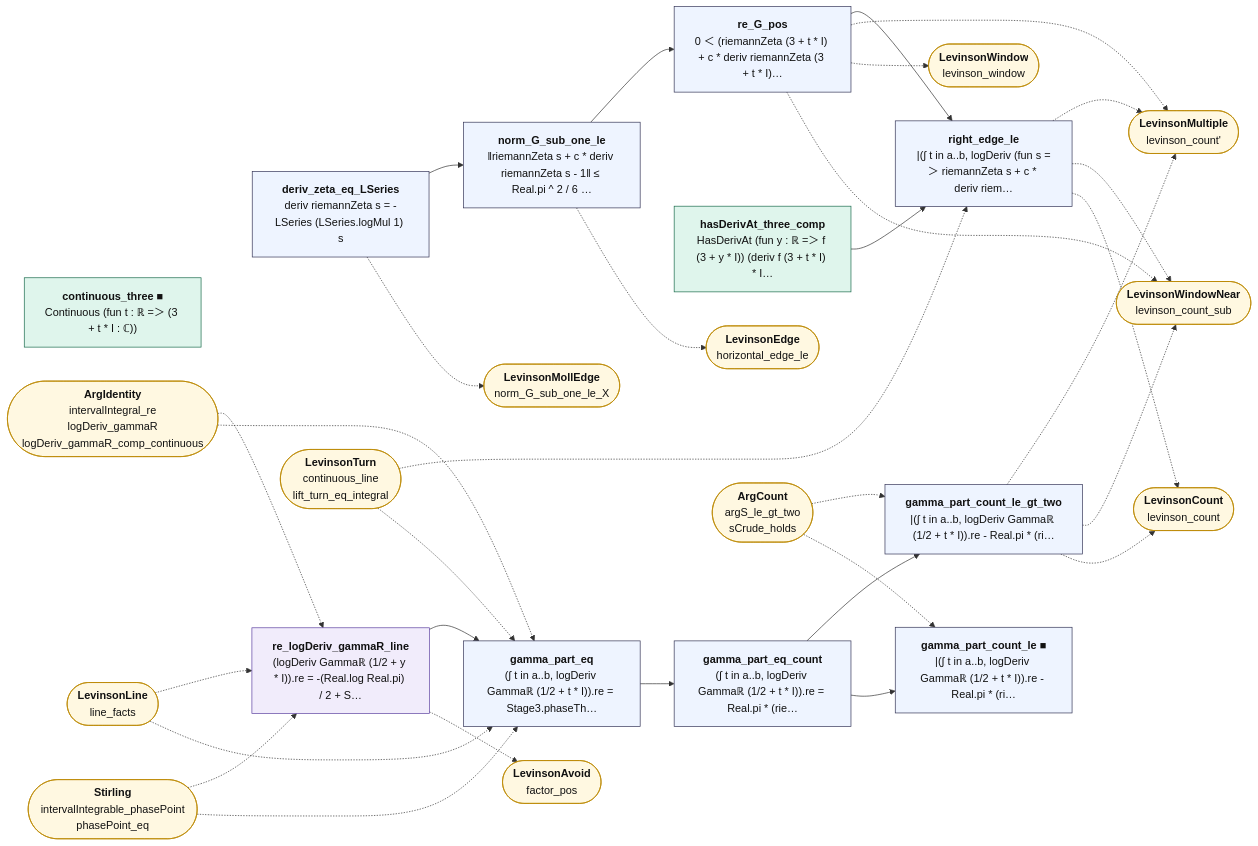
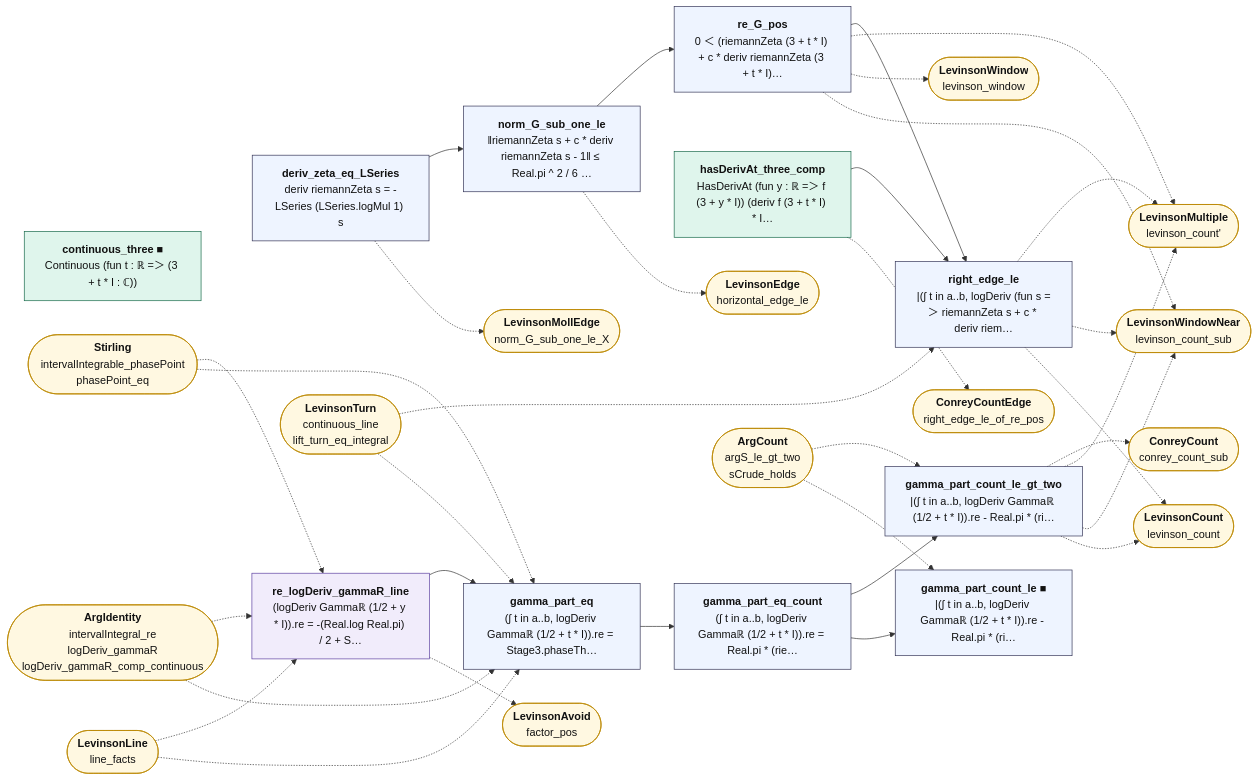
One commit to juliansambranojr/Primebeat_081426 changed the diagram in map/lean_stage3/LevinsonSize.md. Above: the diagram before and after it, drawn with Mermaid. The commit also changed other lines of this file and 48 other files, not shown here.

````diff
--- a/map/lean_stage3/LevinsonSize.md
+++ b/map/lean_stage3/LevinsonSize.md
@@ -14,64 +14,68 @@
 ```mermaid
 flowchart LR
   n0["<b>deriv_zeta_eq_LSeries</b><br/>deriv riemannZeta s = -LSeries (LSeries.logMul 1) s"]:::thm
   n1["<b>norm_G_sub_one_le</b><br/>‖riemannZeta s + c * deriv riemannZeta s - 1‖ ≤ Real.pi ^ 2 / 6 …"]:::thm
   n2["<b>re_G_pos</b><br/>0 ＜ (riemannZeta (3 + t * I) + c * deriv riemannZeta (3 + t * I)…"]:::thm
   n3["<b>hasDerivAt_three_comp</b><br/>HasDerivAt (fun y : ℝ =＞ f (3 + y * I)) (deriv f (3 + t * I) * I…"]:::cnt
   n4["<b>continuous_three ■</b><br/>Continuous (fun t : ℝ =＞ (3 + t * I : ℂ))"]:::cnt
   n5["<b>right_edge_le</b><br/>|(∫ t in a..b, logDeriv (fun s =＞ riemannZeta s + c * deriv riem…"]:::thm
   n6["<b>re_logDeriv_gammaR_line</b><br/>(logDeriv Gammaℝ (1/2 + y * I)).re = -(Real.log Real.pi) / 2 + S…"]:::shp
   n7["<b>gamma_part_eq</b><br/>(∫ t in a..b, logDeriv Gammaℝ (1/2 + t * I)).re = Stage3.phaseTh…"]:::thm
   n8["<b>gamma_part_eq_count</b><br/>(∫ t in a..b, logDeriv Gammaℝ (1/2 + t * I)).re = Real.pi * (rie…"]:::thm
   n9["<b>gamma_part_count_le ■</b><br/>|(∫ t in a..b, logDeriv Gammaℝ (1/2 + t * I)).re - Real.pi * (ri…"]:::thm
   n10["<b>gamma_part_count_le_gt_two</b><br/>|(∫ t in a..b, logDeriv Gammaℝ (1/2 + t * I)).re - Real.pi * (ri…"]:::thm
   x0(["<b>LevinsonMollEdge</b><br/>norm_G_sub_one_le_X"]):::ext
   x1(["<b>LevinsonEdge</b><br/>horizontal_edge_le"]):::ext
   x2(["<b>LevinsonMultiple</b><br/>levinson_count'"]):::ext
   x3(["<b>LevinsonWindow</b><br/>levinson_window"]):::ext
   x4(["<b>LevinsonWindowNear</b><br/>levinson_count_sub"]):::ext
-  x5(["<b>LevinsonTurn</b><br/>continuous_line<br/>lift_turn_eq_integral"]):::ext
-  x6(["<b>LevinsonCount</b><br/>levinson_count"]):::ext
-  x7(["<b>ArgIdentity</b><br/>intervalIntegral_re<br/>logDeriv_gammaR<br/>logDeriv_gammaR_comp_continuous"]):::ext
-  x8(["<b>LevinsonLine</b><br/>line_facts"]):::ext
-  x9(["<b>Stirling</b><br/>intervalIntegrable_phasePoint<br/>phasePoint_eq"]):::ext
-  x10(["<b>LevinsonAvoid</b><br/>factor_pos"]):::ext
-  x11(["<b>ArgCount</b><br/>argS_le_gt_two<br/>sCrude_holds"]):::ext
+  x5(["<b>ConreyCountEdge</b><br/>right_edge_le_of_re_pos"]):::ext
+  x6(["<b>LevinsonTurn</b><br/>continuous_line<br/>lift_turn_eq_integral"]):::ext
+  x7(["<b>LevinsonCount</b><br/>levinson_count"]):::ext
+  x8(["<b>ArgIdentity</b><br/>intervalIntegral_re<br/>logDeriv_gammaR<br/>logDeriv_gammaR_comp_continuous"]):::ext
+  x9(["<b>LevinsonLine</b><br/>line_facts"]):::ext
+  x10(["<b>Stirling</b><br/>intervalIntegrable_phasePoint<br/>phasePoint_eq"]):::ext
+  x11(["<b>LevinsonAvoid</b><br/>factor_pos"]):::ext
+  x12(["<b>ArgCount</b><br/>argS_le_gt_two<br/>sCrude_holds"]):::ext
+  x13(["<b>ConreyCount</b><br/>conrey_count_sub"]):::ext
   n0 --> n1
   n1 --> n2
   n2 --> n5
   n3 --> n5
   n6 --> n7
   n7 --> n8
   n8 --> n10
   n8 --> n9
   n0 -.-> x0
   n1 -.-> x1
+  n10 -.-> x13
   n10 -.-> x2
   n10 -.-> x4
-  n10 -.-> x6
+  n10 -.-> x7
   n2 -.-> x2
   n2 -.-> x3
   n2 -.-> x4
+  n3 -.-> x5
   n5 -.-> x2
   n5 -.-> x4
-  n5 -.-> x6
-  n6 -.-> x10
-  x11 -.-> n10
-  x11 -.-> n9
-  x5 -.-> n5
-  x5 -.-> n7
-  x7 -.-> n6
-  x7 -.-> n7
+  n5 -.-> x7
+  n6 -.-> x11
+  x10 -.-> n6
+  x10 -.-> n7
+  x12 -.-> n10
+  x12 -.-> n9
+  x6 -.-> n5
+  x6 -.-> n7
   x8 -.-> n6
   x8 -.-> n7
   x9 -.-> n6
   x9 -.-> n7
   classDef cnt fill:#dff5ec,stroke:#17694a,color:#111
   classDef shp fill:#f1ecfb,stroke:#5b3fa0,color:#111
   classDef rh fill:#ffe5e5,stroke:#c22,color:#111,stroke-width:2px
   classDef thm fill:#eef4ff,stroke:#335,color:#111
   classDef end_ fill:#e7f7e7,stroke:#2a7,color:#111,stroke-width:2px
   classDef lone fill:#fff,stroke:#999,color:#111,stroke-dasharray:4 3
   classDef bad fill:#ffe5e5,stroke:#c22,color:#111,stroke-width:2px
   classDef ext fill:#fff8e1,stroke:#b80,color:#111
 ```
````
